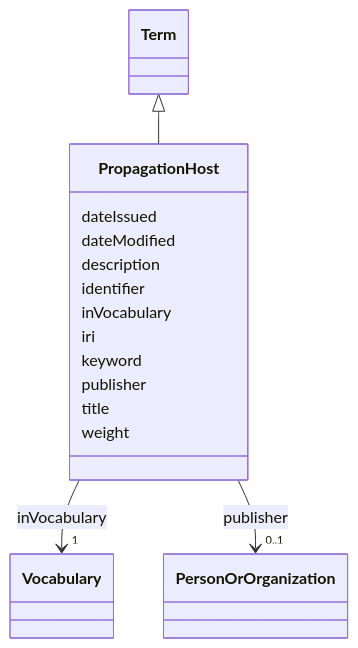
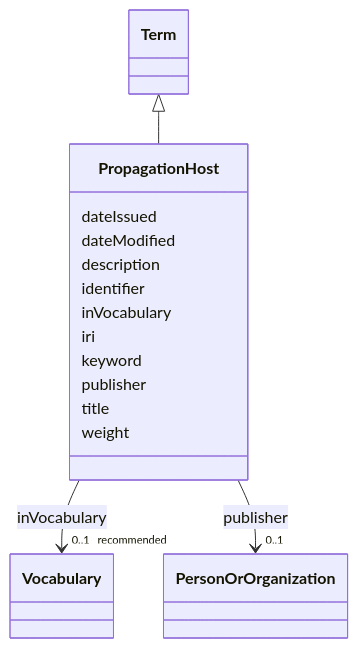
The diagram in models/docs/PropagationHost.md (EVORA-project/evora-ontology), drawn with Mermaid before and after one commit. The commit also changed other lines of this file and 307 other files, not shown here.

````diff
--- a/models/docs/PropagationHost.md
+++ b/models/docs/PropagationHost.md
@@ -19,43 +19,43 @@
 ```mermaid
  classDiagram
     class PropagationHost
     click PropagationHost href "../PropagationHost"
       Term <|-- PropagationHost
         click Term href "../Term"
       
       PropagationHost : dateIssued
         
       PropagationHost : dateModified
         
       PropagationHost : description
         
       PropagationHost : identifier
         
       PropagationHost : inVocabulary
         
           
     
     
-    PropagationHost --> "1" Vocabulary : inVocabulary
+    PropagationHost --> "0..1 _recommended_" Vocabulary : inVocabulary
     click Vocabulary href "../Vocabulary"
 
         
       PropagationHost : iri
         
       PropagationHost : keyword
         
       PropagationHost : publisher
         
           
     
     
     PropagationHost --> "0..1" PersonOrOrganization : publisher
     click PersonOrOrganization href "../PersonOrOrganization"
 
         
       PropagationHost : title
         
       PropagationHost : weight
         
       
 ```
````
